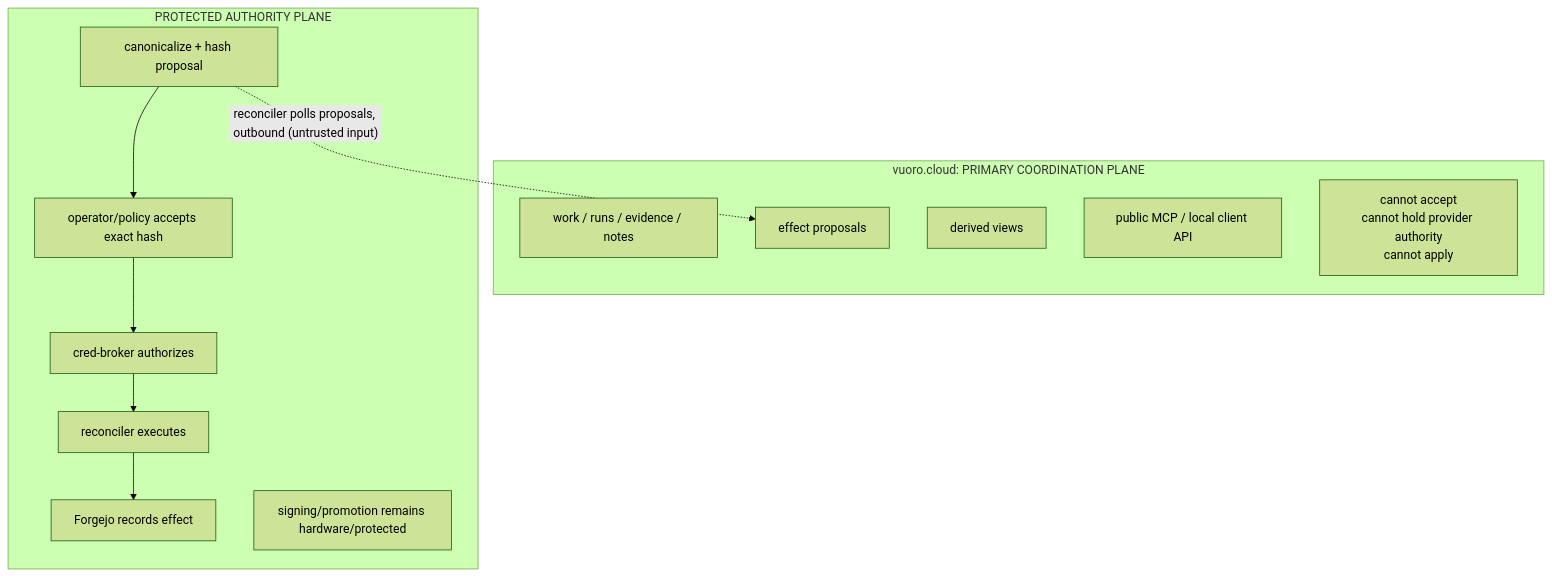
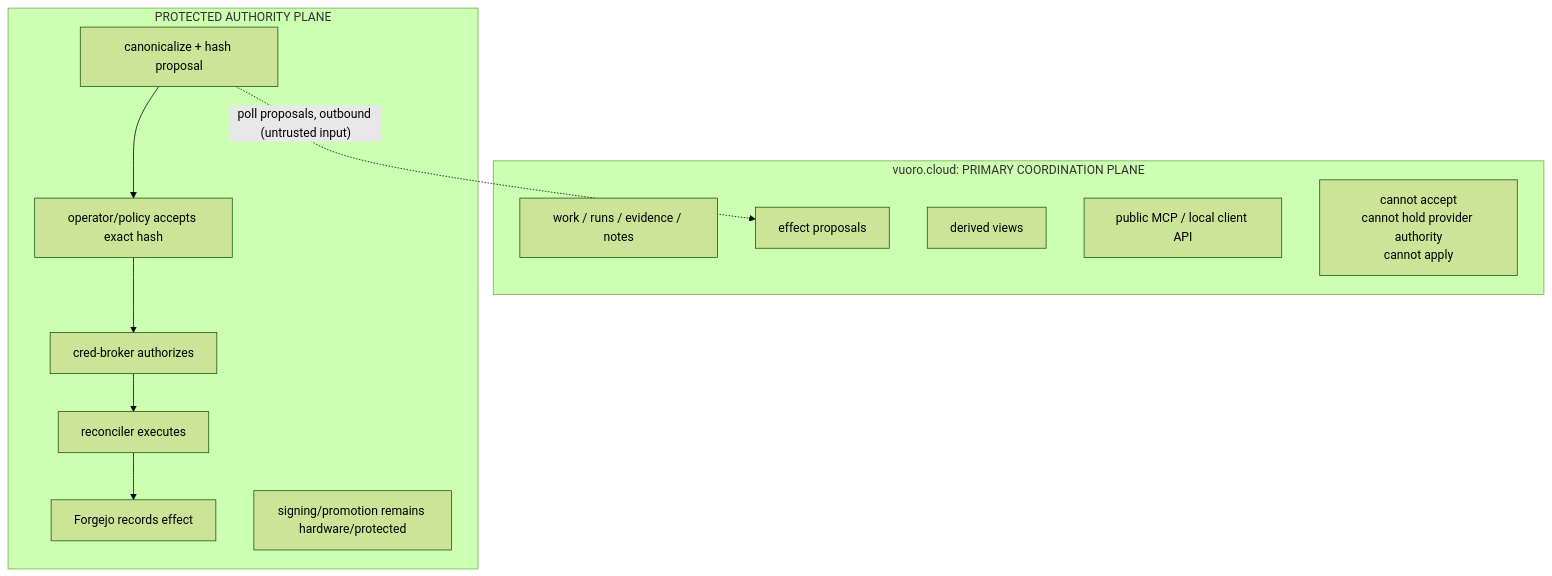
Before and after one commit to bayleafwalker/agentops: the second of 2 diagrams in docs/architecture/2026-09-27-agentic-ecosystem-and-split-horizon.md, drawn with Mermaid (forest theme). The commit also changed other lines of this file, not shown here.

Commit message:
docs(architecture): fix re-review nits (Q5-Q7 options note, citation repo, frozen-figure label, work-item authority)

````diff
--- a/docs/architecture/2026-09-27-agentic-ecosystem-and-split-horizon.md
+++ b/docs/architecture/2026-09-27-agentic-ecosystem-and-split-horizon.md
@@ -231,20 +231,20 @@
 ```mermaid
 flowchart TB
   subgraph CP["vuoro.cloud: PRIMARY COORDINATION PLANE"]
     C1[work / runs / evidence / notes]
     C2[effect proposals]
     C3[derived views]
     C4[public MCP / local client API]
     CX["cannot accept<br/>cannot hold provider authority<br/>cannot apply"]
   end
 
   subgraph AP["PROTECTED AUTHORITY PLANE"]
     P1[canonicalize + hash proposal] --> P2[operator/policy accepts exact hash]
     P2 --> P3[cred-broker authorizes]
     P3 --> P4[reconciler executes]
     P4 --> P5[Forgejo records effect]
     P6[signing/promotion remains hardware/protected]
   end
 
-  P1 -. "reconciler polls proposals, outbound (untrusted input)" .-> C2
+  P1 -. "poll proposals, outbound (untrusted input)" .-> C2
 ```
````
